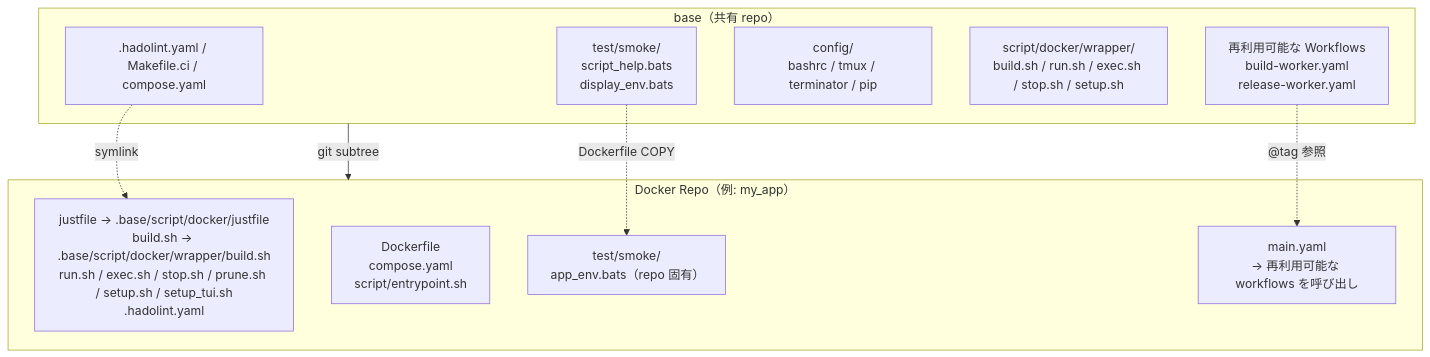
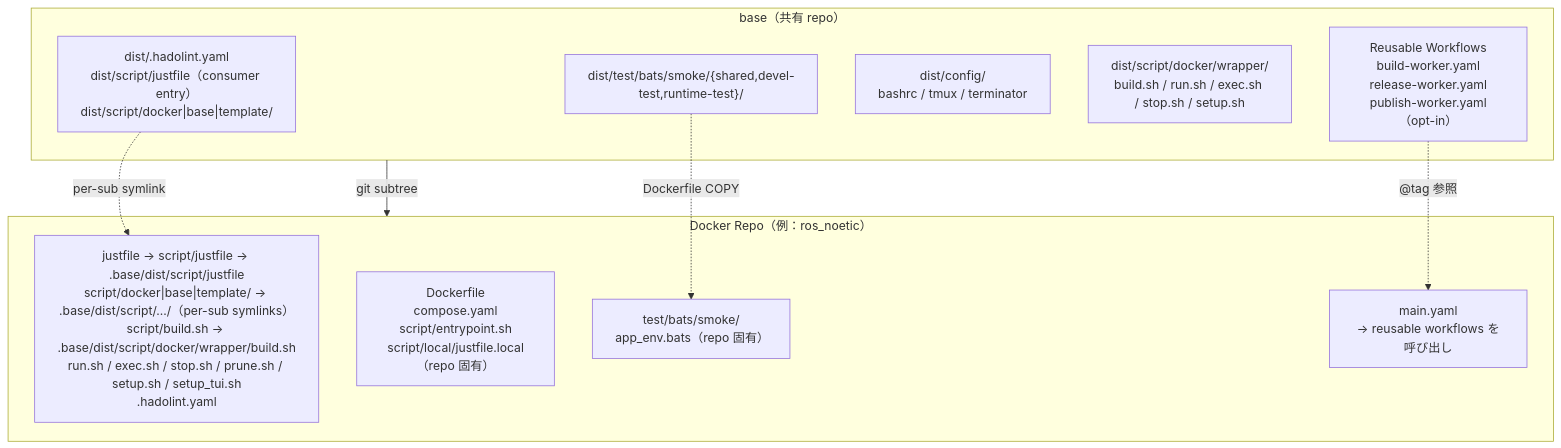
One commit to ycpss91255-lab/jetson_sdk_manager changed the first of 2 diagrams in doc/readme/README.ja.md. Above: the diagram before and after it, drawn with Mermaid. The commit also changed other lines of this file and 1202 other files, not shown here.

````diff
--- a/doc/readme/README.ja.md
+++ b/doc/readme/README.ja.md
@@ -56,22 +100,22 @@
 ```mermaid
 graph TB
     subgraph base["base（共有 repo）"]
-        scripts[".hadolint.yaml / Makefile.ci / compose.yaml"]
-        smoke["test/smoke/<br/>script_help.bats<br/>display_env.bats"]
-        config["config/<br/>bashrc / tmux / terminator / pip"]
-        mgmt["script/docker/wrapper/<br/>build.sh / run.sh / exec.sh / stop.sh / setup.sh"]
-        workflows["再利用可能な Workflows<br/>build-worker.yaml<br/>release-worker.yaml"]
+        scripts["dist/.hadolint.yaml<br/>dist/script/justfile（consumer entry）<br/>dist/script/docker|base|template/"]
+        smoke["dist/test/bats/smoke/{shared,devel-test,runtime-test}/"]
+        config["dist/config/<br/>bashrc / tmux / terminator"]
+        mgmt["dist/script/docker/wrapper/<br/>build.sh / run.sh / exec.sh / stop.sh / setup.sh"]
+        workflows["Reusable Workflows<br/>build-worker.yaml<br/>release-worker.yaml<br/>publish-worker.yaml（opt-in）"]
     end
 
-    subgraph consumer["Docker Repo（例: my_app）"]
-        symlinks["justfile → .base/script/docker/justfile<br/>build.sh → .base/script/docker/wrapper/build.sh<br/>run.sh / exec.sh / stop.sh / prune.sh / setup.sh / setup_tui.sh<br/>.hadolint.yaml"]
-        dockerfile["Dockerfile<br/>compose.yaml<br/>script/entrypoint.sh"]
-        repo_test["test/smoke/<br/>app_env.bats（repo 固有）"]
-        main_yaml["main.yaml<br/>→ 再利用可能な workflows を呼び出し"]
+    subgraph consumer["Docker Repo（例：ros_noetic）"]
+        symlinks["justfile → script/justfile → .base/dist/script/justfile<br/>script/docker|base|template/ → .base/dist/script/.../（per-sub symlinks）<br/>script/build.sh → .base/dist/script/docker/wrapper/build.sh<br/>run.sh / exec.sh / stop.sh / prune.sh / setup.sh / setup_tui.sh<br/>.hadolint.yaml"]
+        dockerfile["Dockerfile<br/>compose.yaml<br/>script/entrypoint.sh<br/>script/local/justfile.local（repo 固有）"]
+        repo_test["test/bats/smoke/<br/>app_env.bats（repo 固有）"]
+        main_yaml["main.yaml<br/>→ reusable workflows を呼び出し"]
     end
 
     base -- "git subtree" --> consumer
-    scripts -. "symlink" .-> symlinks
+    scripts -. "per-sub symlink" .-> symlinks
     smoke -. "Dockerfile COPY" .-> repo_test
     workflows -. "@tag 参照" .-> main_yaml
 ```
````
